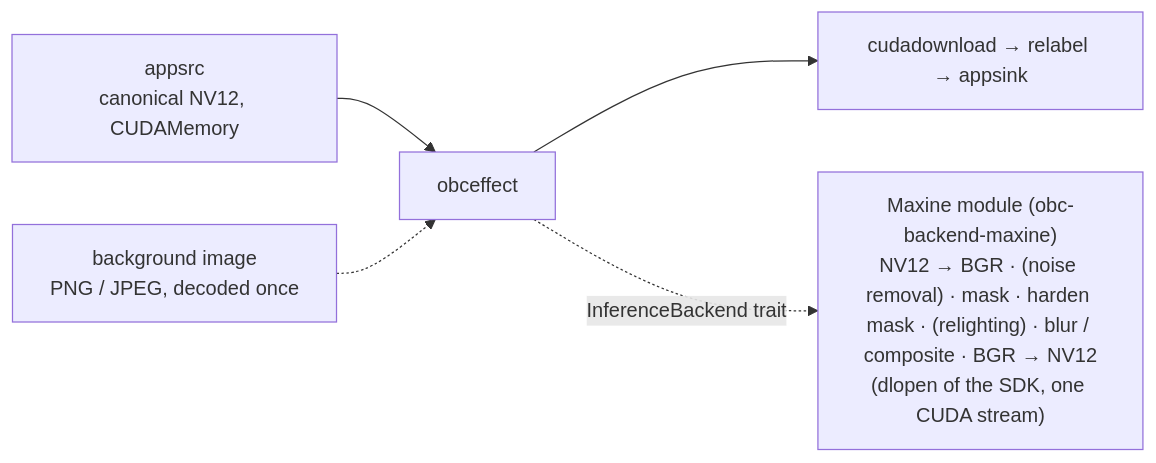
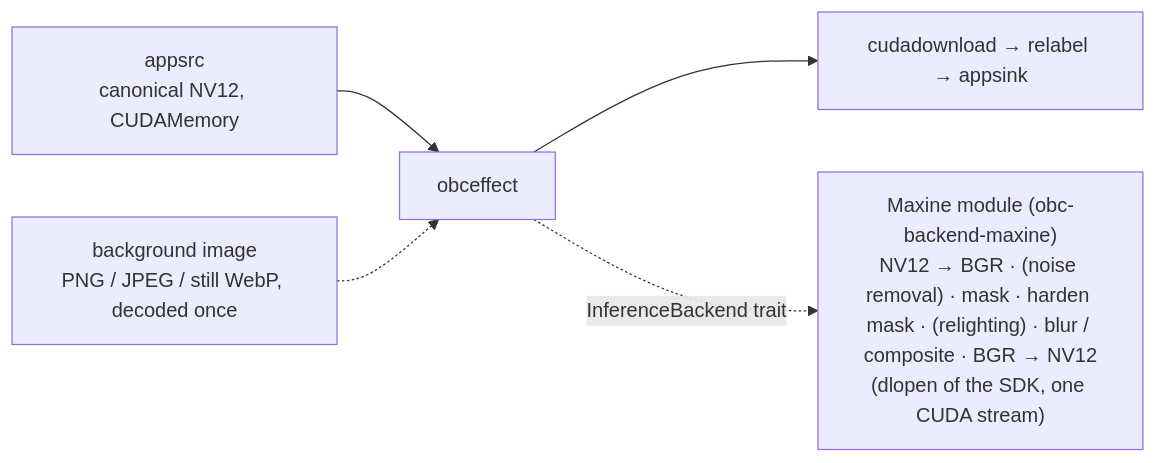
One commit to rsd/omarchy-broadcast changed the fourth of 8 diagrams in docs/architecture.md. Above: the diagram before and after it, drawn with Mermaid. The commit also changed other lines of this file and 29 other files, not shown here.

````diff
--- a/docs/architecture.md
+++ b/docs/architecture.md
@@ -228,7 +228,7 @@
 ```mermaid
 flowchart LR
     SRC["appsrc<br/>canonical NV12, CUDAMemory"] --> FX["obceffect"]
     FX --> DL["cudadownload → relabel → appsink"]
     FX -. "InferenceBackend trait" .-> BE["Maxine module (obc-backend-maxine)<br/>NV12 → BGR · (noise removal) · mask · harden mask · (relighting) · blur / composite · BGR → NV12<br/>(dlopen of the SDK, one CUDA stream)"]
-    BG["background image<br/>PNG / JPEG, decoded once"] -.-> FX
+    BG["background image<br/>PNG / JPEG / still WebP, decoded once"] -.-> FX
 ```
````
